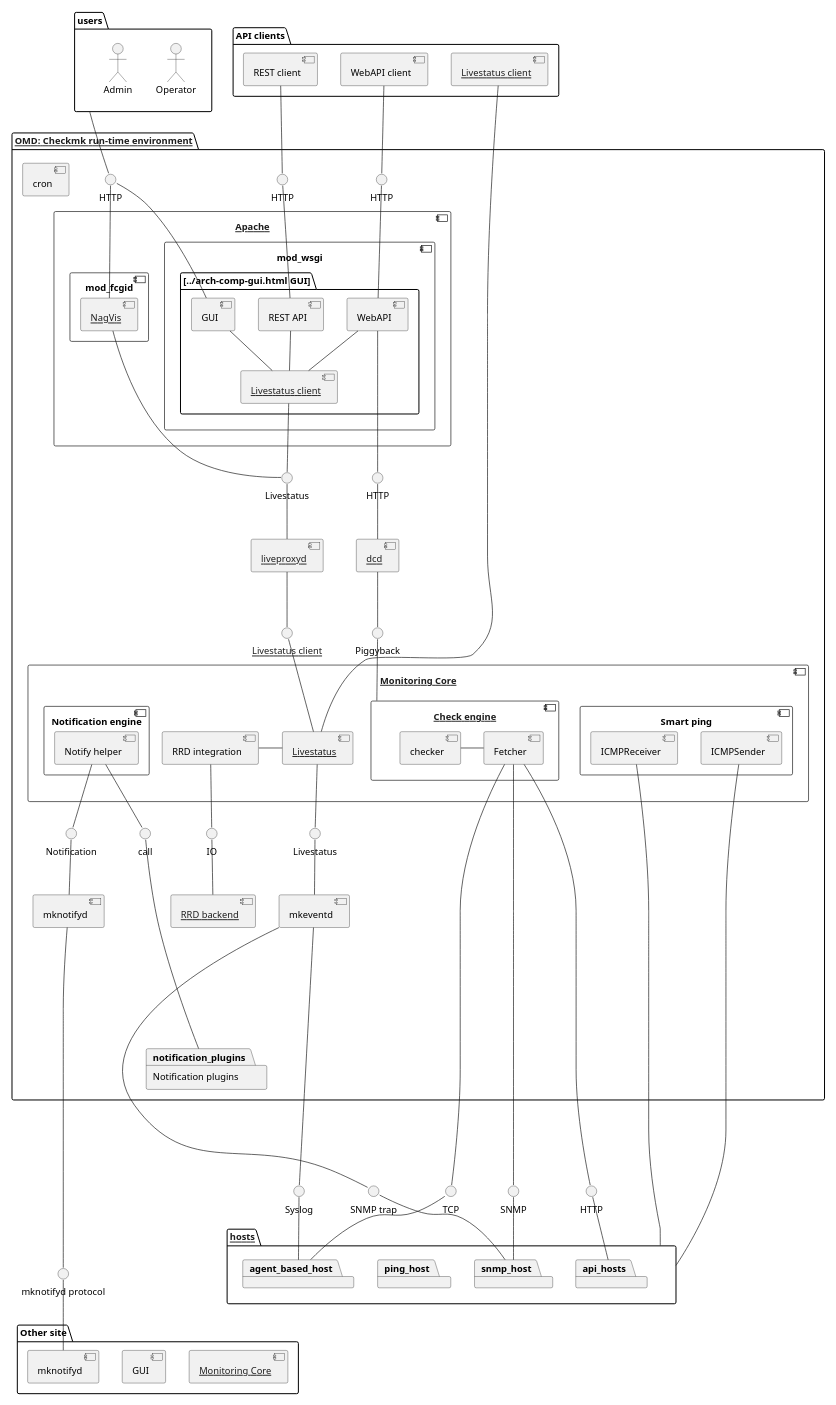
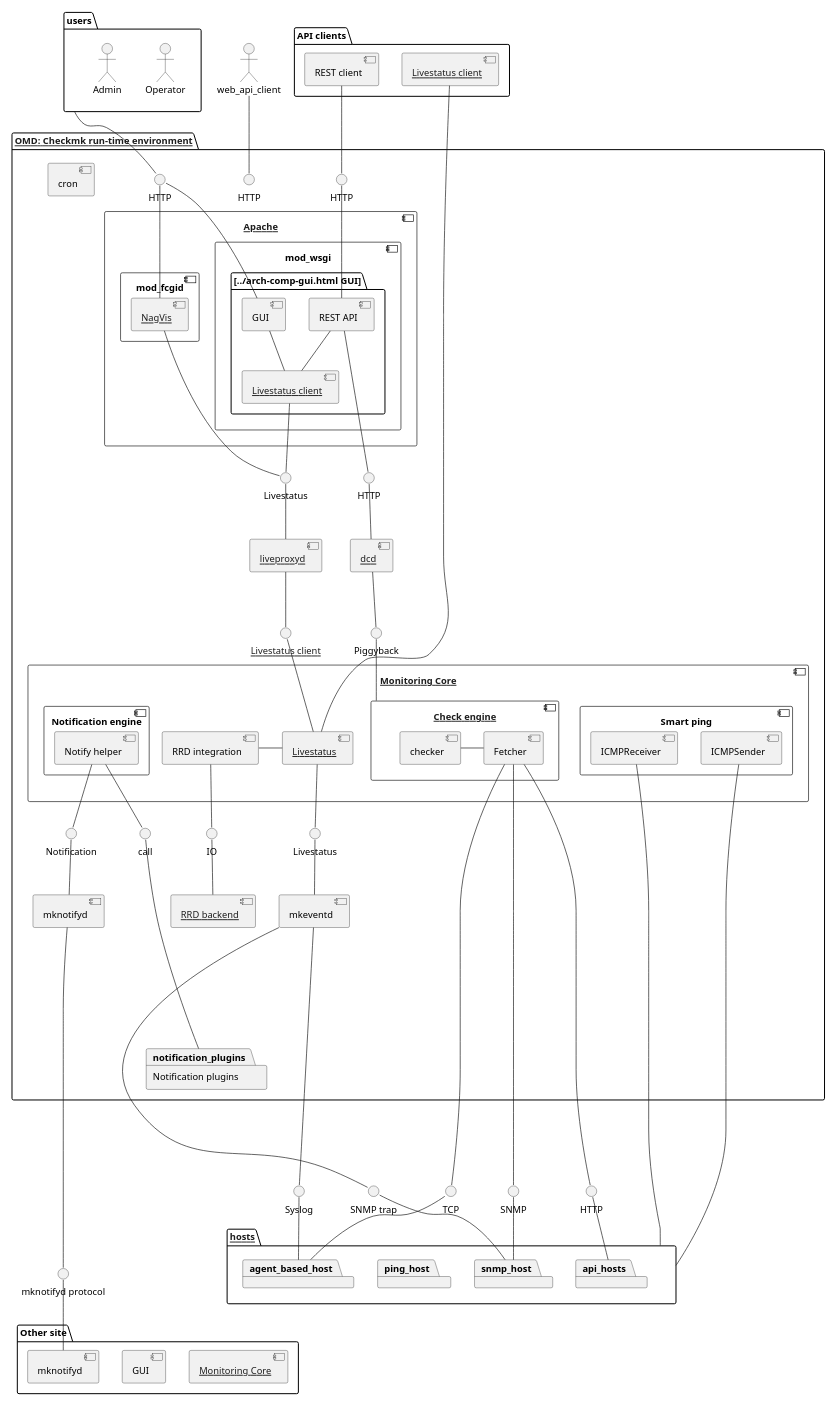
Before and after one commit to Checkmk/checkmk: the diagram in doc/documentation/topology.puml, drawn with PlantUML.

Commit message:
Remove Web API from architecture docs (will be removed soon)

```diff
--- a/doc/documentation/topology.puml
+++ b/doc/documentation/topology.puml
@@ -1,151 +1,147 @@
 @startuml
 skinparam componentStyle uml2
 skinparam monochrome true
 ' Remove shadows
 skinparam shadowing false
 scale 0.6
 
 package users {
     actor "Operator" as operator
     actor "Admin" as admin
 }
 
 package "API clients" as api_clients {
-    component "WebAPI client" as web_api_client
     component "REST client" as rest_api_client
     component "[[../arch-comp-livestatus-client.html Livestatus client]]" as external_livestatus_client
 }
 
 package "[[../arch-comp-omd.html OMD: Checkmk run-time environment]]" as omd {
     interface HTTP as http_gui
     interface HTTP as http_rest_api
     interface HTTP as http_web_api
     component "[[../arch-comp-apache.html Apache]]" as apache {
         component "mod_wsgi" as mod_wsgi {
             package "[[../arch-comp-gui.html GUI]]" {
                 component GUI
                 component "REST API" as rest_api
-                component WebAPI
                 component "[[../arch-comp-livestatus-client.html Livestatus client]]" as apache_livestatus_client
             }
         }
         component mod_fcgid {
             component "[[../arch-comp-nagvis.html NagVis]]" as nagvis
         }
     }
     interface Livestatus as apache_livestatus
 
     component "[[../arch-comp-core.html Monitoring Core]]" as cmc {
         component "RRD integration" as rrd_integration
         component "[[../arch-comp-livestatus.html Livestatus]]" as cmc_livestatus_server
         component "[[../arch-comp-checkengine.html Check engine]]" as check_engine {
             component checker
             component Fetcher
         }
         component "Smart ping" as smart_ping {
             component ICMPReceiver
             component ICMPSender
         }
         component "Notification engine" as cmc_notify {
             component "Notify helper" as notify_helper
         }
     }
     interface "call" as call_notification_plugins
 
     component cron
 
     component "[[../arch-comp-liveproxyd.html liveproxyd]]" as liveproxyd
     interface "[[../arch-comp-livestatus-client.html Livestatus client]]" as liveproxyd_livestatus_client
 
     component "[[../arch-comp-dcd.html dcd]]" as dcd
     interface "HTTP" as dcd_web_api_client
     interface Piggyback as dcd_piggyback
 
     component mkeventd
     interface Livestatus as mkeventd_livestatus
 
     component mknotifyd
     interface Notification as mknotifyd_notification
 
     component "[[../arch-comp-rrd-backend.html RRD backend]]" as rrd_backend
     interface "IO" as rrd_io
 
     package "Notification plugins" as notification_plugins
 }
 
 package "Other site" as other_site {
     component "[[../arch-comp-core.html Monitoring Core]]" as cmc_other_site
     component "GUI" as gui_other_site
     component "mknotifyd" as mknotifyd_other_site
 }
 interface "mknotifyd protocol" as mknotifyd_protocol
 
 package "[[../arch-comp-hosts.html hosts]]" as hosts {
     package agent_based_host
     package snmp_host
     package ping_host
     package api_hosts
 }
 interface TCP
 interface Syslog
 interface SNMP
 interface "SNMP trap" as trap
 interface HTTP as api_hosts_http
 
 users -d- http_gui
 web_api_client -d- http_web_api
 rest_api_client -d- http_rest_api
 
 http_gui -d- GUI
 http_gui -d- nagvis
-http_web_api -d- WebAPI
 http_rest_api -d- rest_api
 
 GUI -d- apache_livestatus_client
-WebAPI -d- apache_livestatus_client
 rest_api -d- apache_livestatus_client
 apache_livestatus_client -d- apache_livestatus
 nagvis -d- apache_livestatus
 apache_livestatus -d- liveproxyd
 
 liveproxyd -d- liveproxyd_livestatus_client
 liveproxyd_livestatus_client -d- cmc_livestatus_server
 
 dcd -u- dcd_web_api_client
 dcd -d- dcd_piggyback
-dcd_web_api_client -l- WebAPI
+dcd_web_api_client -l- rest_api
 dcd_piggyback -d- check_engine
 
 ' Help visualization
 notify_helper -[hidden]r-> rrd_integration
 rrd_integration -r- cmc_livestatus_server
 checker -r- Fetcher
 
 external_livestatus_client -d- cmc_livestatus_server
 Fetcher -d----- TCP
 Fetcher -d----- SNMP
 Fetcher -d----- api_hosts_http
 TCP -d- agent_based_host
 SNMP -d- snmp_host
 api_hosts_http -d- api_hosts
 ICMPSender -d---- hosts
 ICMPReceiver -d---- hosts
 
 rrd_integration -d- rrd_io
 rrd_io -d- rrd_backend
 
 notify_helper -d- call_notification_plugins
 call_notification_plugins -d---- notification_plugins
 notify_helper -d- mknotifyd_notification
 mknotifyd_notification -d- mknotifyd
 mknotifyd -d------ mknotifyd_protocol
 mknotifyd_protocol -d- mknotifyd_other_site
 
 cmc_livestatus_server -d- mkeventd_livestatus
 mkeventd_livestatus -d- mkeventd
 mkeventd -d-- Syslog
 Syslog -d- agent_based_host
 mkeventd -d----- trap
 trap -d- snmp_host
 
 @enduml
```
